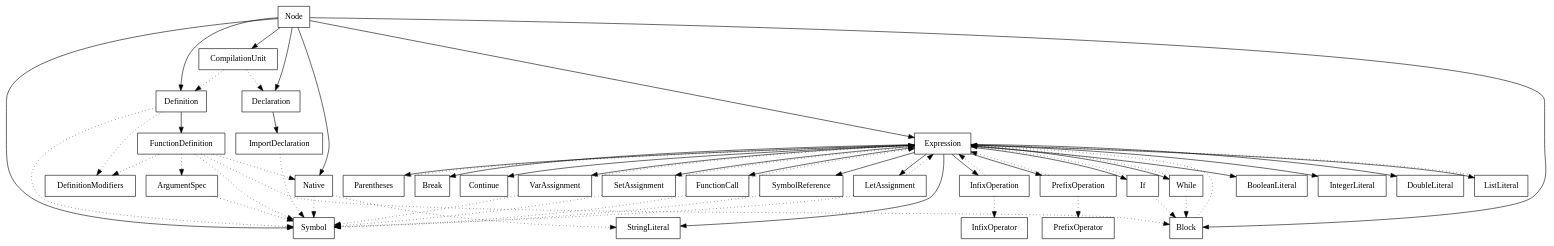
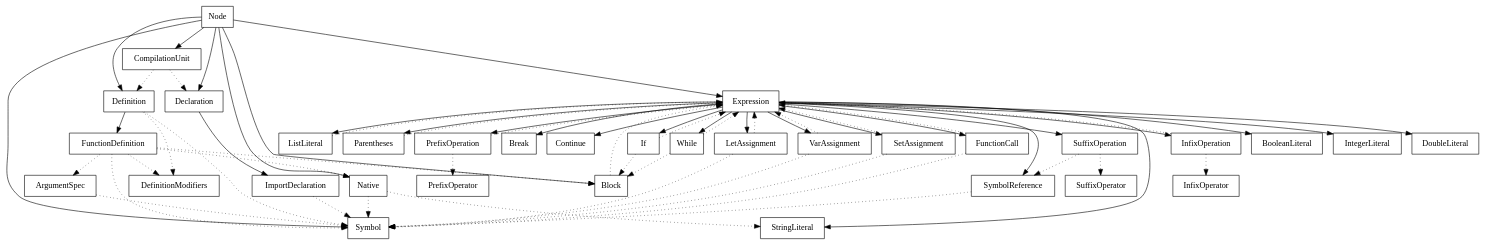
One commit to gay-pizza/pork changed the diagram in ast/src/main/graph/types.dot. Above: the diagram before and after it, drawn with Graphviz. The commit also changed 16 other files, not shown here.

```diff
--- a/ast/src/main/graph/types.dot
+++ b/ast/src/main/graph/types.dot
@@ -1,92 +1,97 @@
 digraph A {
   type_Node [shape=box,label="Node"]
   type_Expression [shape=box,label="Expression"]
   type_Symbol [shape=box,label="Symbol"]
   type_Declaration [shape=box,label="Declaration"]
   type_Definition [shape=box,label="Definition"]
   type_DefinitionModifiers [shape=box,label="DefinitionModifiers"]
   type_Block [shape=box,label="Block"]
   type_CompilationUnit [shape=box,label="CompilationUnit"]
   type_LetAssignment [shape=box,label="LetAssignment"]
   type_VarAssignment [shape=box,label="VarAssignment"]
   type_SetAssignment [shape=box,label="SetAssignment"]
   type_InfixOperator [shape=box,label="InfixOperator"]
   type_InfixOperation [shape=box,label="InfixOperation"]
   type_BooleanLiteral [shape=box,label="BooleanLiteral"]
   type_FunctionCall [shape=box,label="FunctionCall"]
   type_ArgumentSpec [shape=box,label="ArgumentSpec"]
   type_FunctionDefinition [shape=box,label="FunctionDefinition"]
   type_If [shape=box,label="If"]
   type_ImportDeclaration [shape=box,label="ImportDeclaration"]
   type_IntegerLiteral [shape=box,label="IntegerLiteral"]
   type_DoubleLiteral [shape=box,label="DoubleLiteral"]
   type_ListLiteral [shape=box,label="ListLiteral"]
   type_Parentheses [shape=box,label="Parentheses"]
   type_PrefixOperator [shape=box,label="PrefixOperator"]
   type_PrefixOperation [shape=box,label="PrefixOperation"]
+  type_SuffixOperator [shape=box,label="SuffixOperator"]
+  type_SuffixOperation [shape=box,label="SuffixOperation"]
   type_StringLiteral [shape=box,label="StringLiteral"]
   type_SymbolReference [shape=box,label="SymbolReference"]
   type_While [shape=box,label="While"]
   type_Break [shape=box,label="Break"]
   type_Continue [shape=box,label="Continue"]
   type_Native [shape=box,label="Native"]
   type_Node -> type_Expression
   type_Node -> type_Symbol
   type_Node -> type_Declaration
   type_Node -> type_Definition
   type_Node -> type_Block
   type_Node -> type_CompilationUnit
   type_Node -> type_Native
   type_Expression -> type_LetAssignment
   type_Expression -> type_VarAssignment
   type_Expression -> type_SetAssignment
   type_Expression -> type_InfixOperation
   type_Expression -> type_BooleanLiteral
   type_Expression -> type_FunctionCall
   type_Expression -> type_If
   type_Expression -> type_IntegerLiteral
   type_Expression -> type_DoubleLiteral
   type_Expression -> type_ListLiteral
   type_Expression -> type_Parentheses
   type_Expression -> type_PrefixOperation
+  type_Expression -> type_SuffixOperation
   type_Expression -> type_StringLiteral
   type_Expression -> type_SymbolReference
   type_Expression -> type_While
   type_Expression -> type_Break
   type_Expression -> type_Continue
   type_Definition -> type_FunctionDefinition
   type_Declaration -> type_ImportDeclaration
   type_Definition -> type_Symbol [style=dotted]
   type_Definition -> type_DefinitionModifiers [style=dotted]
   type_Block -> type_Expression [style=dotted]
   type_CompilationUnit -> type_Declaration [style=dotted]
   type_CompilationUnit -> type_Definition [style=dotted]
   type_LetAssignment -> type_Symbol [style=dotted]
   type_LetAssignment -> type_Expression [style=dotted]
   type_VarAssignment -> type_Symbol [style=dotted]
   type_VarAssignment -> type_Expression [style=dotted]
   type_SetAssignment -> type_Symbol [style=dotted]
   type_SetAssignment -> type_Expression [style=dotted]
   type_InfixOperation -> type_Expression [style=dotted]
   type_InfixOperation -> type_InfixOperator [style=dotted]
   type_FunctionCall -> type_Symbol [style=dotted]
   type_FunctionCall -> type_Expression [style=dotted]
   type_ArgumentSpec -> type_Symbol [style=dotted]
   type_FunctionDefinition -> type_DefinitionModifiers [style=dotted]
   type_FunctionDefinition -> type_Symbol [style=dotted]
   type_FunctionDefinition -> type_ArgumentSpec [style=dotted]
   type_FunctionDefinition -> type_Block [style=dotted]
   type_FunctionDefinition -> type_Native [style=dotted]
   type_If -> type_Expression [style=dotted]
   type_If -> type_Block [style=dotted]
   type_ImportDeclaration -> type_Symbol [style=dotted]
   type_ListLiteral -> type_Expression [style=dotted]
   type_Parentheses -> type_Expression [style=dotted]
   type_PrefixOperation -> type_PrefixOperator [style=dotted]
   type_PrefixOperation -> type_Expression [style=dotted]
+  type_SuffixOperation -> type_SuffixOperator [style=dotted]
+  type_SuffixOperation -> type_SymbolReference [style=dotted]
   type_SymbolReference -> type_Symbol [style=dotted]
   type_While -> type_Expression [style=dotted]
   type_While -> type_Block [style=dotted]
   type_Native -> type_Symbol [style=dotted]
   type_Native -> type_StringLiteral [style=dotted]
 }
```
